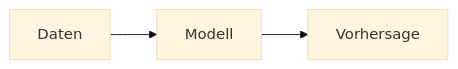
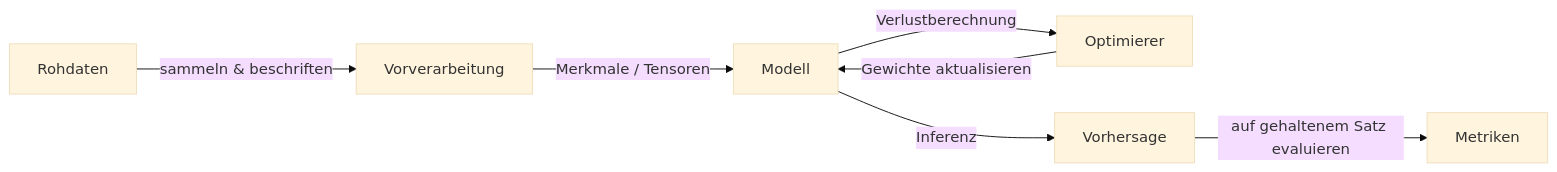
One commit to EmersonBraun/ai-summary-hub changed the diagram in i18n/de/docusaurus-plugin-content-docs/current/fundamentals/index.md. Above: the diagram before and after it, drawn with Mermaid (base theme). The commit also changed other lines of this file and 178 other files, not shown here.

````diff
--- a/i18n/de/docusaurus-plugin-content-docs/current/fundamentals/index.md
+++ b/i18n/de/docusaurus-plugin-content-docs/current/fundamentals/index.md
@@ -17,5 +21,9 @@
 ```mermaid
 flowchart LR
-  Data[Daten] --> Model[Modell]
-  Model --> Prediction[Vorhersage]
+  Data[Rohdaten] -->|sammeln & beschriften| Preprocess[Vorverarbeitung]
+  Preprocess -->|Merkmale / Tensoren| Model[Modell]
+  Model -->|Verlustberechnung| Optimizer[Optimierer]
+  Optimizer -->|Gewichte aktualisieren| Model
+  Model -->|Inferenz| Prediction[Vorhersage]
+  Prediction -->|auf gehaltenem Satz evaluieren| Metrics[Metriken]
 ```
````
